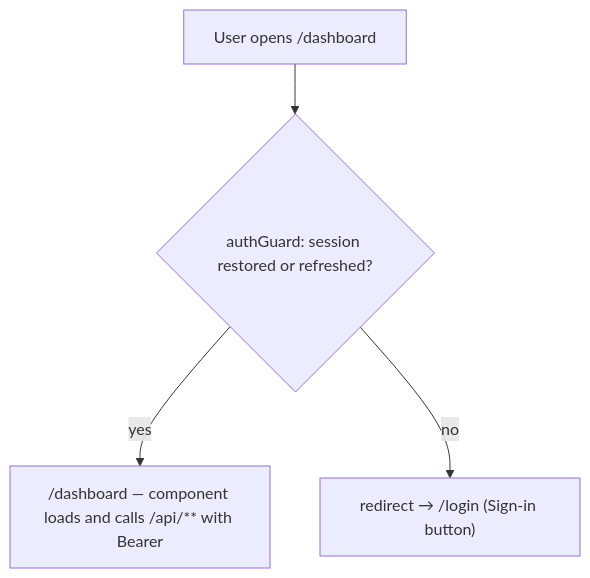
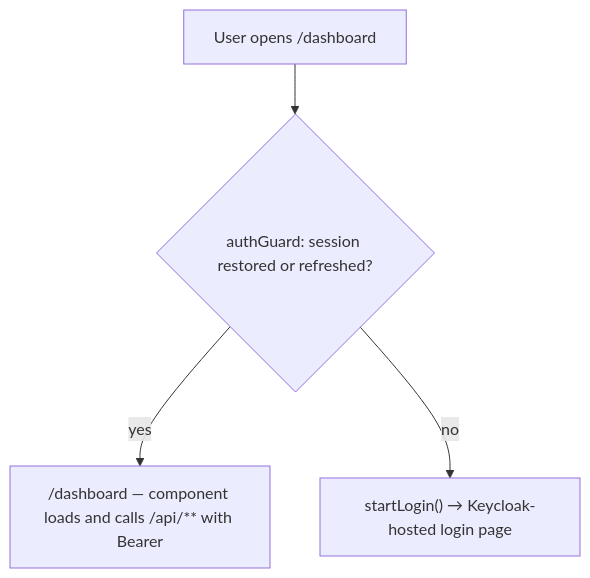
Before and after one commit to MatheusWith/Rumoo: the fourth of 6 diagrams in docs/auth/authentication-authorization.md, drawn with Mermaid. The commit also changed other lines of this file and 17 other files, not shown here.

````diff
--- a/docs/auth/authentication-authorization.md
+++ b/docs/auth/authentication-authorization.md
@@ -244,6 +247,6 @@
 ```mermaid
 flowchart TD
     A["User opens /dashboard"] --> B{authGuard: session restored or refreshed?}
     B -->|"yes"| C["/dashboard — component loads and calls /api/** with Bearer"]
-    B -->|"no"| D["redirect → /login (Sign-in button)"]
+    B -->|"no"| D["startLogin() → Keycloak-hosted login page"]
 ```
````
